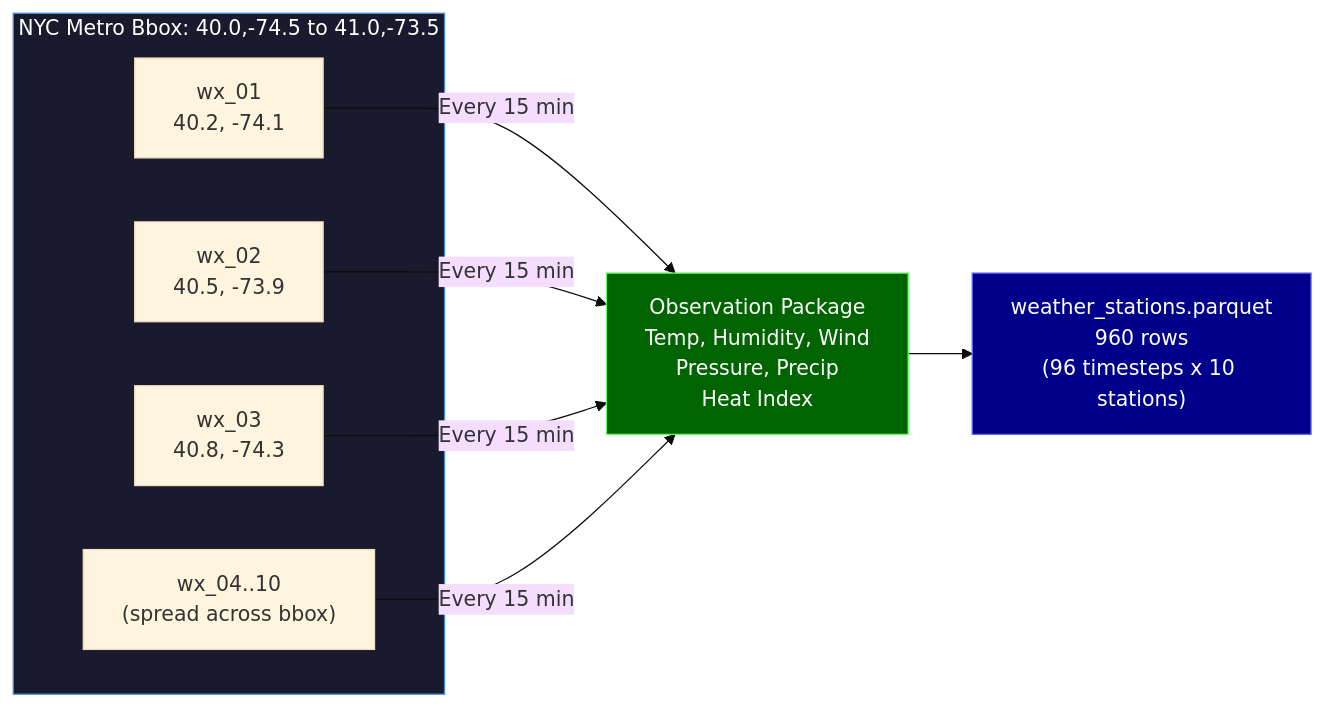
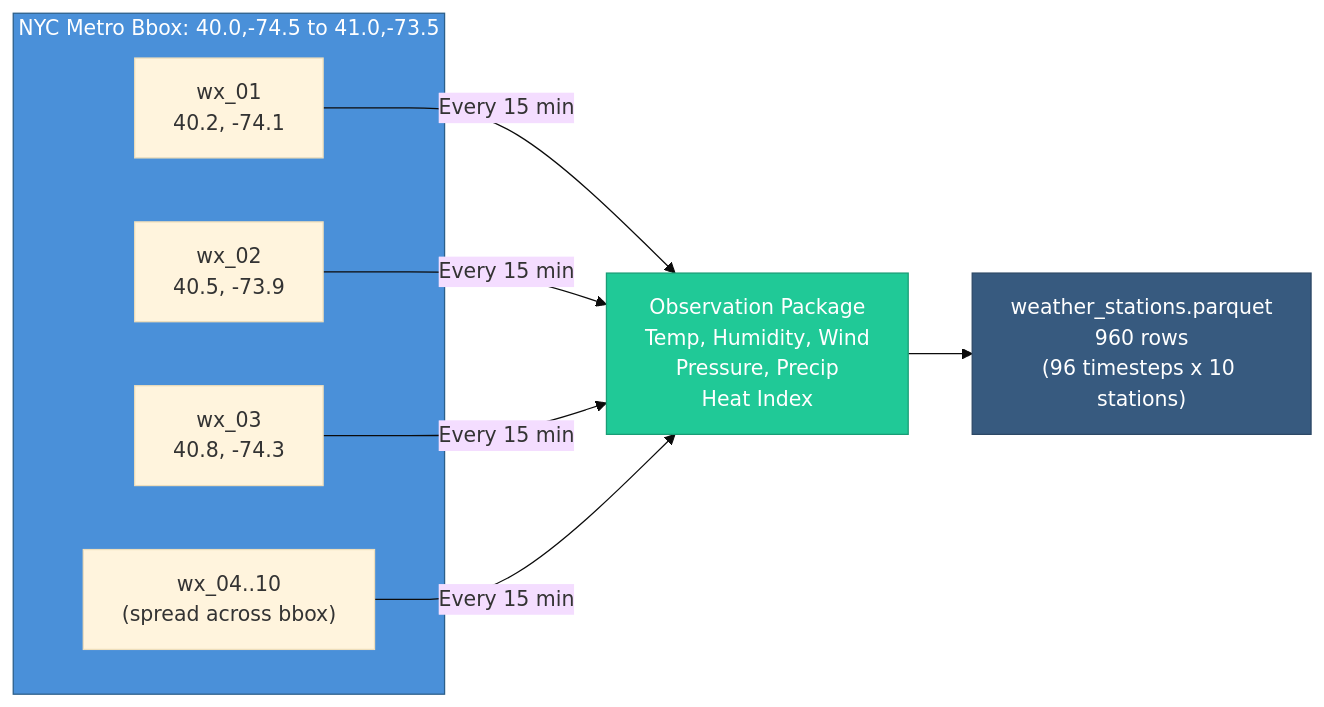
Before and after one commit to henryodibi11/Odibi: the first of 3 diagrams in docs/simulation/patterns/environmental.md, drawn with Mermaid (base theme). The commit also changed other lines of this file and 7 other files, not shown here.

First line of the commit message:
Fix mermaid diagram colors for readability across all 26 diagrams

````diff
--- a/docs/simulation/patterns/environmental.md
+++ b/docs/simulation/patterns/environmental.md
@@ -38,20 +38,20 @@
 ```mermaid
 flowchart LR
     subgraph NYC["NYC Metro Bbox: 40.0,-74.5 to 41.0,-73.5"]
         WX1["wx_01\n40.2, -74.1"]
         WX2["wx_02\n40.5, -73.9"]
         WX3["wx_03\n40.8, -74.3"]
         WXN["wx_04..10\n(spread across bbox)"]
     end
 
     WX1 -->|"Every 15 min"| OBS["Observation Package\nTemp, Humidity, Wind\nPressure, Precip\nHeat Index"]
     WX2 -->|"Every 15 min"| OBS
     WX3 -->|"Every 15 min"| OBS
     WXN -->|"Every 15 min"| OBS
 
     OBS --> OUT["weather_stations.parquet\n960 rows\n(96 timesteps x 10 stations)"]
 
-    style NYC fill:#1a1a2e,stroke:#4a90d9,color:#ffffff
-    style OBS fill:#006400,stroke:#66ff66,color:#ffffff
-    style OUT fill:#00008B,stroke:#6666ff,color:#ffffff
+    style NYC fill:#4a90d9,stroke:#2c5f8a,color:#ffffff
+    style OBS fill:#20c997,stroke:#199d76,color:#ffffff
+    style OUT fill:#375a7f,stroke:#2c4866,color:#ffffff
 ```
````
